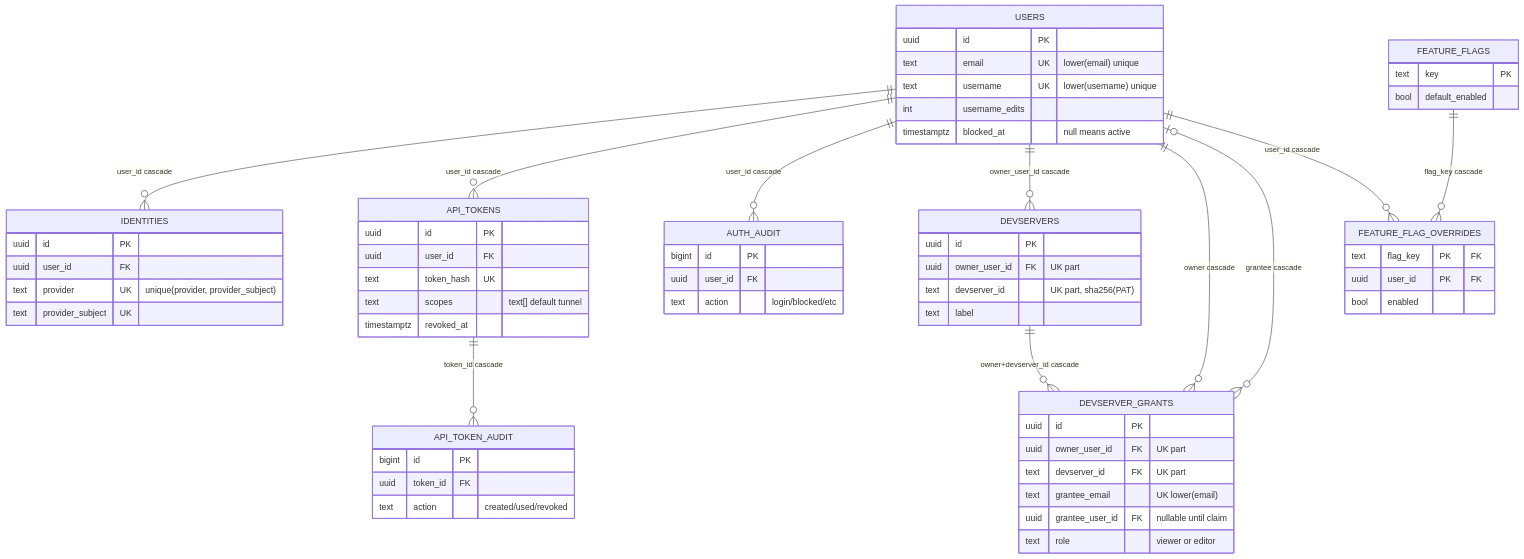
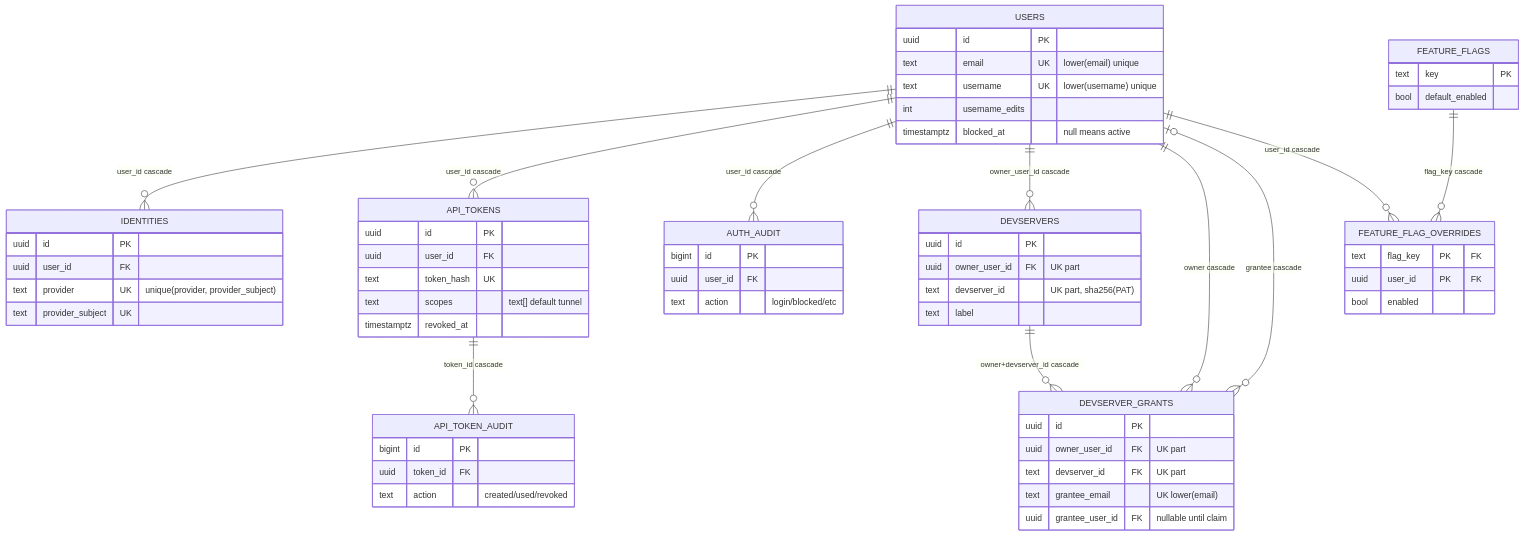
The diagram in gateway/crates/profile/design.md (fiorix/chan), drawn with Mermaid before and after one commit. The commit also changed other lines of this file and 41 other files, not shown here.

````diff
--- a/gateway/crates/profile/design.md
+++ b/gateway/crates/profile/design.md
@@ -24,66 +24,65 @@
 ```mermaid
 erDiagram
     USERS {
         uuid id PK
         text email UK "lower(email) unique"
         text username UK "lower(username) unique"
         int username_edits
         timestamptz blocked_at "null means active"
     }
     IDENTITIES {
         uuid id PK
         uuid user_id FK
         text provider UK "unique(provider, provider_subject)"
         text provider_subject UK
     }
     API_TOKENS {
         uuid id PK
         uuid user_id FK
         text token_hash UK
         text scopes "text[] default tunnel"
         timestamptz revoked_at
     }
     API_TOKEN_AUDIT {
         bigint id PK
         uuid token_id FK
         text action "created/used/revoked"
     }
     AUTH_AUDIT {
         bigint id PK
         uuid user_id FK
         text action "login/blocked/etc"
     }
     DEVSERVERS {
         uuid id PK
         uuid owner_user_id FK "UK part"
         text devserver_id "UK part, sha256(PAT)"
         text label
     }
     DEVSERVER_GRANTS {
         uuid id PK
         uuid owner_user_id FK "UK part"
         text devserver_id FK "UK part"
         text grantee_email "UK lower(email)"
         uuid grantee_user_id FK "nullable until claim"
-        text role "viewer or editor"
     }
     FEATURE_FLAGS {
         text key PK
         bool default_enabled
     }
     FEATURE_FLAG_OVERRIDES {
         text flag_key PK "FK"
         uuid user_id PK "FK"
         bool enabled
     }
     USERS ||--o{ IDENTITIES : "user_id cascade"
     USERS ||--o{ API_TOKENS : "user_id cascade"
     USERS ||--o{ AUTH_AUDIT : "user_id cascade"
     USERS ||--o{ DEVSERVERS : "owner_user_id cascade"
     USERS ||--o{ DEVSERVER_GRANTS : "owner cascade"
     USERS |o--o{ DEVSERVER_GRANTS : "grantee cascade"
     USERS ||--o{ FEATURE_FLAG_OVERRIDES : "user_id cascade"
     API_TOKENS ||--o{ API_TOKEN_AUDIT : "token_id cascade"
     DEVSERVERS ||--o{ DEVSERVER_GRANTS : "owner+devserver_id cascade"
     FEATURE_FLAGS ||--o{ FEATURE_FLAG_OVERRIDES : "flag_key cascade"
 ```
````
